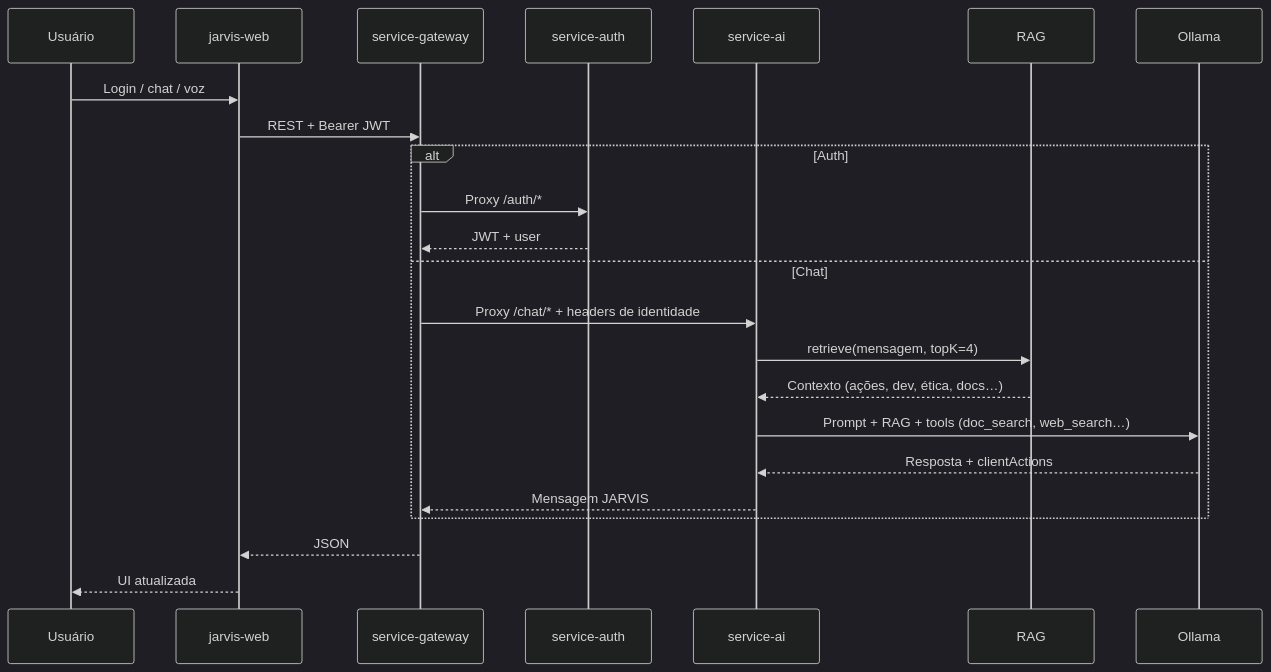
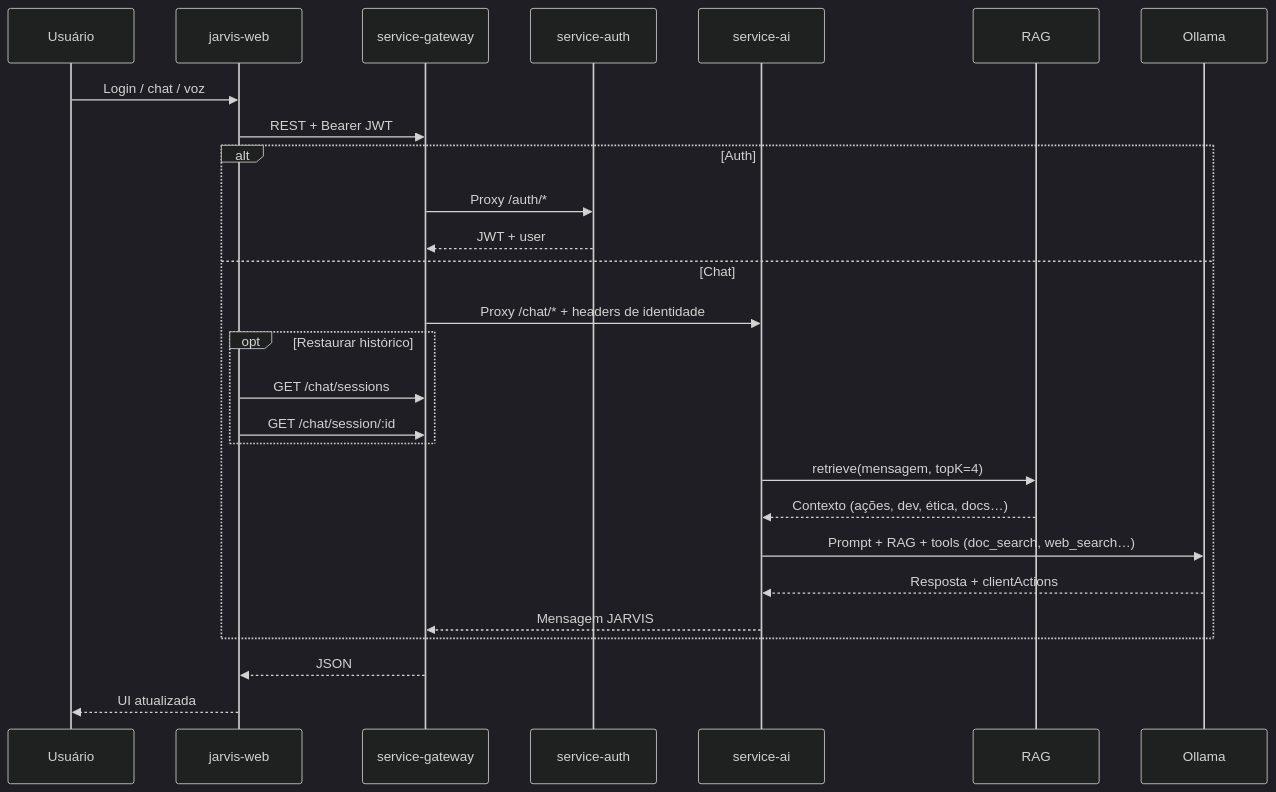
The fifth of 5 diagrams in docs/project-structure.md (FranciscoStanley/MyJarvis), drawn with Mermaid (dark theme) before and after one commit. The commit also changed other lines of this file and 19 other files, not shown here.

First line of the commit message:
feat(conversations): add persistent chat history and session management

````diff
--- a/docs/project-structure.md
+++ b/docs/project-structure.md
@@ -374,26 +386,30 @@
 ```mermaid
 sequenceDiagram
     participant U as Usuário
     participant W as jarvis-web
     participant G as service-gateway
     participant A as service-auth
     participant I as service-ai
     participant R as RAG
     participant O as Ollama
 
     U->>W: Login / chat / voz
     W->>G: REST + Bearer JWT
     alt Auth
         G->>A: Proxy /auth/*
         A-->>G: JWT + user
     else Chat
         G->>I: Proxy /chat/* + headers de identidade
+        opt Restaurar histórico
+            W->>G: GET /chat/sessions
+            W->>G: GET /chat/session/:id
+        end
         I->>R: retrieve(mensagem, topK=4)
         R-->>I: Contexto (ações, dev, ética, docs…)
         I->>O: Prompt + RAG + tools (doc_search, web_search…)
         O-->>I: Resposta + clientActions
         I-->>G: Mensagem JARVIS
     end
     G-->>W: JSON
     W-->>U: UI atualizada
 ```
````
